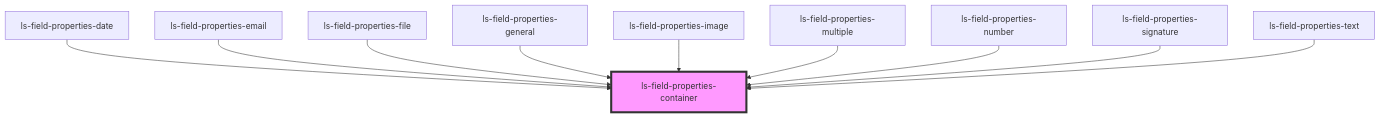
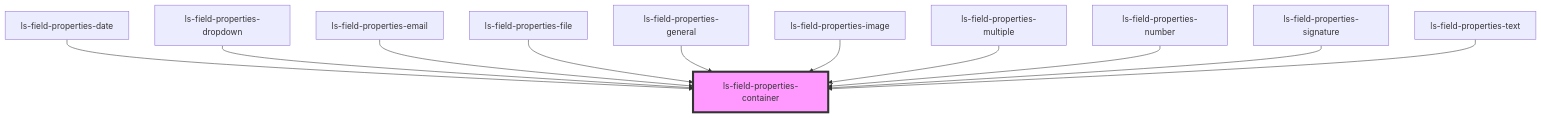
Before and after one commit to legalesign/ls-document-viewer: the diagram in src/components/ls-field-properties-container/readme.md, drawn with Mermaid. The commit also changed other lines of this file and 27 other files, not shown here.

````diff
--- a/src/components/ls-field-properties-container/readme.md
+++ b/src/components/ls-field-properties-container/readme.md
@@ -32,13 +33,14 @@
 ```mermaid
 graph TD;
   ls-field-properties-date --> ls-field-properties-container
+  ls-field-properties-dropdown --> ls-field-properties-container
   ls-field-properties-email --> ls-field-properties-container
   ls-field-properties-file --> ls-field-properties-container
   ls-field-properties-general --> ls-field-properties-container
   ls-field-properties-image --> ls-field-properties-container
   ls-field-properties-multiple --> ls-field-properties-container
   ls-field-properties-number --> ls-field-properties-container
   ls-field-properties-signature --> ls-field-properties-container
   ls-field-properties-text --> ls-field-properties-container
   style ls-field-properties-container fill:#f9f,stroke:#333,stroke-width:4px
 ```
````
